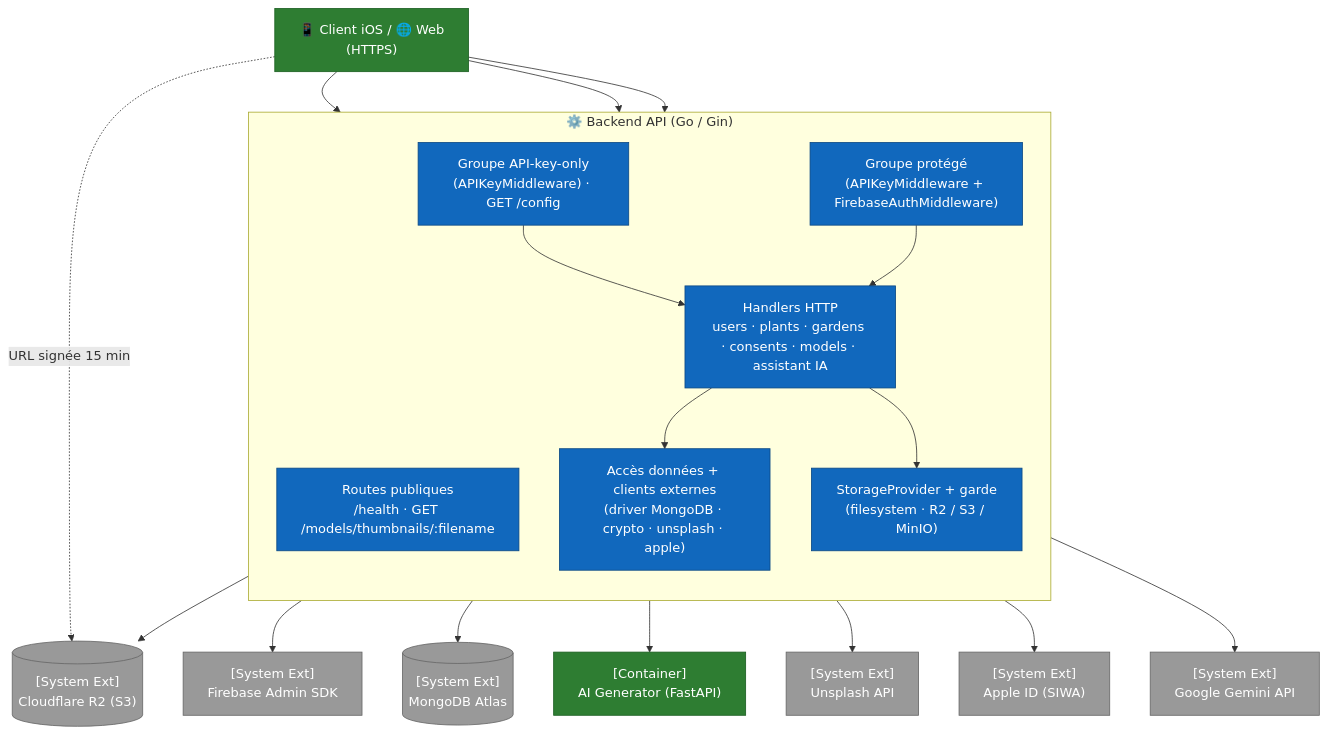
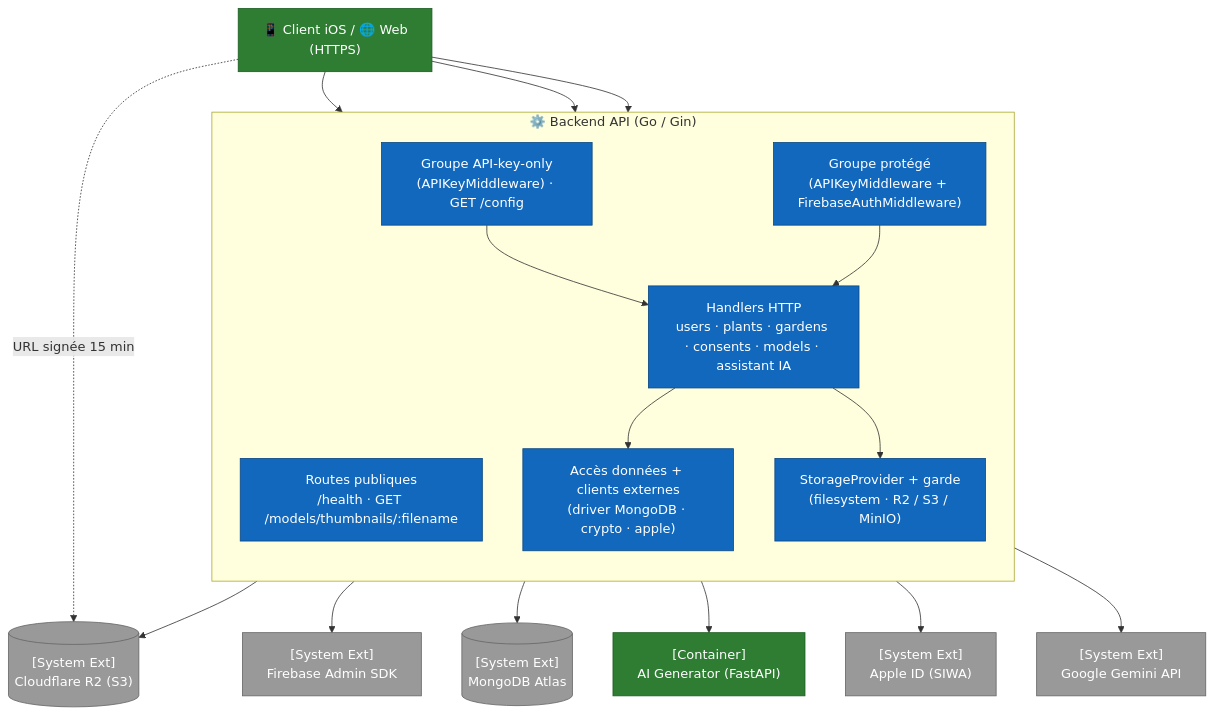
The diagram in docs/fr/architecture/03-components-backend.md (ArboreTeam/Arbore), drawn with Mermaid before and after one commit. The commit also changed other lines of this file and 35 other files, not shown here.

````diff
--- a/docs/fr/architecture/03-components-backend.md
+++ b/docs/fr/architecture/03-components-backend.md
@@ -9,46 +9,44 @@
 ```mermaid
 flowchart TB
     client["📱 Client iOS / 🌐 Web<br/>(HTTPS)"]
 
     subgraph backend["⚙️ Backend API (Go / Gin)"]
         direction TB
         public["Routes publiques<br/>/health · GET /models/thumbnails/:filename"]
         apikey["Groupe API-key-only<br/>(APIKeyMiddleware) · GET /config"]
         protected["Groupe protégé<br/>(APIKeyMiddleware + FirebaseAuthMiddleware)"]
         handlers["Handlers HTTP<br/>users · plants · gardens · consents · models · assistant IA"]
-        access["Accès données + clients externes<br/>(driver MongoDB · crypto · unsplash · apple)"]
+        access["Accès données + clients externes<br/>(driver MongoDB · crypto · apple)"]
         storage["StorageProvider + garde<br/>(filesystem · R2 / S3 / MinIO)"]
 
         apikey --> handlers
         protected --> handlers
         handlers --> access
         handlers --> storage
     end
 
     mongo[("[System Ext]<br/>MongoDB Atlas")]
     firebase_admin["[System Ext]<br/>Firebase Admin SDK"]
     ai_gen["[Container]<br/>AI Generator (FastAPI)"]
-    unsplash["[System Ext]<br/>Unsplash API"]
     apple["[System Ext]<br/>Apple ID (SIWA)"]
     gemini["[System Ext]<br/>Google Gemini API"]
     storage_ext[("[System Ext]<br/>Cloudflare R2 (S3)")]
 
     client --> public
     client --> apikey
     client --> protected
     protected --> firebase_admin
     access --> mongo
     access --> ai_gen
-    access --> unsplash
     access --> apple
     handlers --> gemini
     storage --> storage_ext
     client -. "URL signée 15 min" .-> storage_ext
 
     classDef ext   fill:#999,stroke:#666,color:#fff
     classDef layer fill:#1168BD,stroke:#0B4884,color:#fff
     classDef cont  fill:#2E7D32,stroke:#1B5E20,color:#fff
     class public,apikey,protected,handlers,access,storage layer
     class client,ai_gen cont
-    class mongo,firebase_admin,unsplash,apple,gemini,storage_ext ext
+    class mongo,firebase_admin,apple,gemini,storage_ext ext
 ```
````
